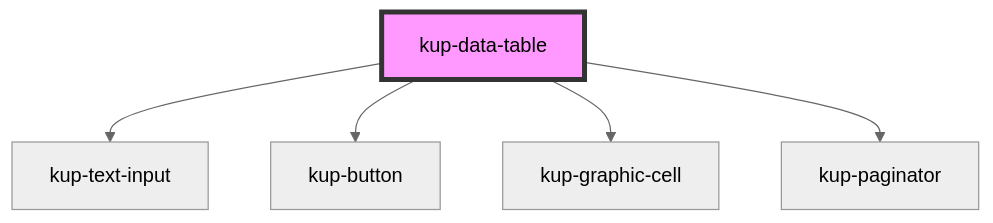
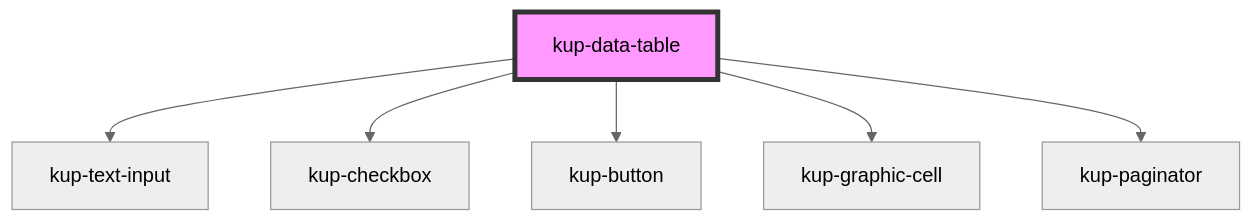
One commit to smeup/ketchup changed the diagram in packages/ketchup/src/components/kup-data-table/readme.md. Above: the diagram before and after it, drawn with Mermaid (neutral theme). The commit also changed other lines of this file and 7 other files, not shown here.

````diff
--- a/packages/ketchup/src/components/kup-data-table/readme.md
+++ b/packages/ketchup/src/components/kup-data-table/readme.md
@@ -122,8 +124,9 @@
 ```mermaid
 graph TD;
   kup-data-table --> kup-text-input
+  kup-data-table --> kup-checkbox
   kup-data-table --> kup-button
   kup-data-table --> kup-graphic-cell
   kup-data-table --> kup-paginator
   style kup-data-table fill:#f9f,stroke:#333,stroke-width:4px
 ```
````
